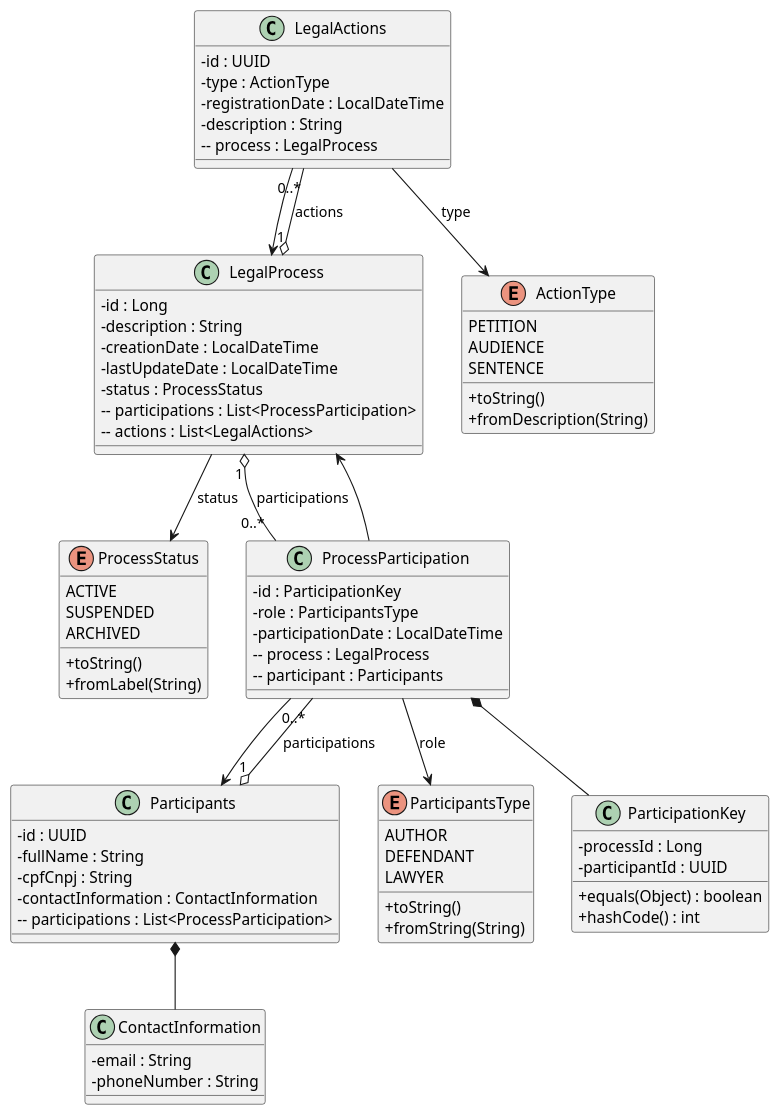
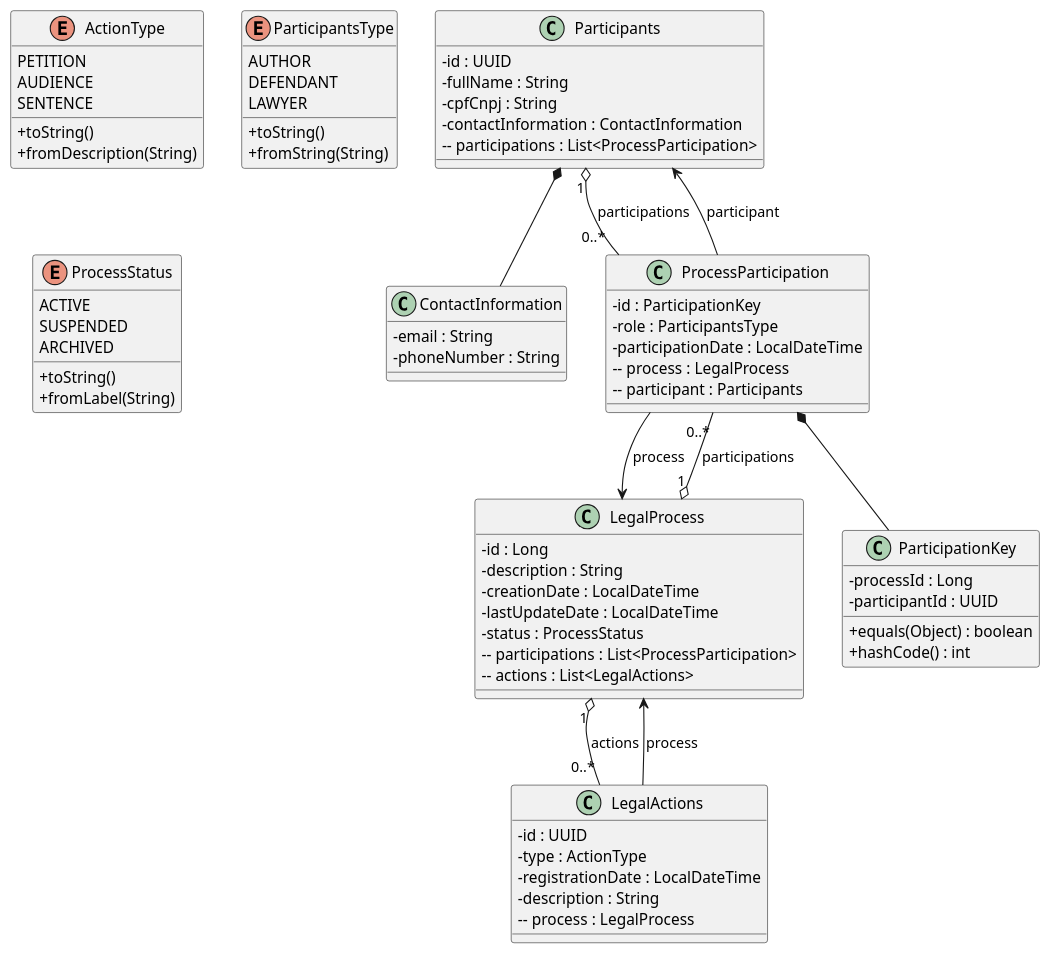
Before and after one commit to jvgualdi/juridico: the diagram in docs/uml/juridico-domain.puml, drawn with PlantUML.

Commit message:
fluxo de entidades

```diff
--- a/docs/uml/juridico-domain.puml
+++ b/docs/uml/juridico-domain.puml
@@ -1,107 +1,103 @@
 @startuml
 skinparam classAttributeIconSize 0
 
 ' ENUMS
 enum ActionType {
     PETITION
     AUDIENCE
     SENTENCE
     + toString()
     + fromDescription(String)
 }
 
 enum ParticipantsType {
     AUTHOR
     DEFENDANT
     LAWYER
     + toString()
     + fromString(String)
 }
 
 enum ProcessStatus {
     ACTIVE
     SUSPENDED
     ARCHIVED
     + toString()
     + fromLabel(String)
 }
 
 ' EMBEDDABLES
 class ContactInformation {
     - email : String
     - phoneNumber : String
 }
 
 class ParticipationKey {
     - processId : Long
     - participantId : UUID
     + equals(Object) : boolean
     + hashCode() : int
 }
 
 ' ENTITIES
 class LegalProcess {
     - id : Long
     - description : String
     - creationDate : LocalDateTime
     - lastUpdateDate : LocalDateTime
     - status : ProcessStatus
     -- participations : List<ProcessParticipation>
     -- actions : List<LegalActions>
 }
 
 class Participants {
     - id : UUID
     - fullName : String
     - cpfCnpj : String
     - contactInformation : ContactInformation
     -- participations : List<ProcessParticipation>
 }
 
 class ProcessParticipation {
     - id : ParticipationKey
     - role : ParticipantsType
     - participationDate : LocalDateTime
     -- process : LegalProcess
     -- participant : Participants
 }
 
 class LegalActions {
     - id : UUID
     - type : ActionType
     - registrationDate : LocalDateTime
     - description : String
     -- process : LegalProcess
 }
 
 ' RELATIONSHIPS
 
 ' LegalProcess ----< ProcessParticipation
 LegalProcess "1" o-- "0..*" ProcessParticipation : participations
 
 ' Participants ----< ProcessParticipation
 Participants "1" o-- "0..*" ProcessParticipation : participations
 
 ' LegalProcess ----< LegalActions
 LegalProcess "1" o-- "0..*" LegalActions : actions
 
 ' ProcessParticipation --> ParticipationKey
 ProcessParticipation *-- ParticipationKey
 
 ' Participants --> ContactInformation
 Participants *-- ContactInformation
 
-' ProcessParticipation --> LegalProcess : process
-' ProcessParticipation --> Participants : participant
-ProcessParticipation --> LegalProcess
-ProcessParticipation --> Participants
+' LegalActions --> LegalProcess
+LegalActions --> LegalProcess : process
 
-' LegalActions --> LegalProcess : process
-LegalActions --> LegalProcess
+' ProcessParticipation --> LegalProcess
+ProcessParticipation --> LegalProcess : process
 
-' ENUM USAGE (<< FIXED HERE >>)
-LegalActions --> ActionType : type
-LegalProcess --> ProcessStatus : status
-ProcessParticipation --> ParticipantsType : role
+' ProcessParticipation --> Participants
+ProcessParticipation --> Participants : participant
 
 @enduml
```
